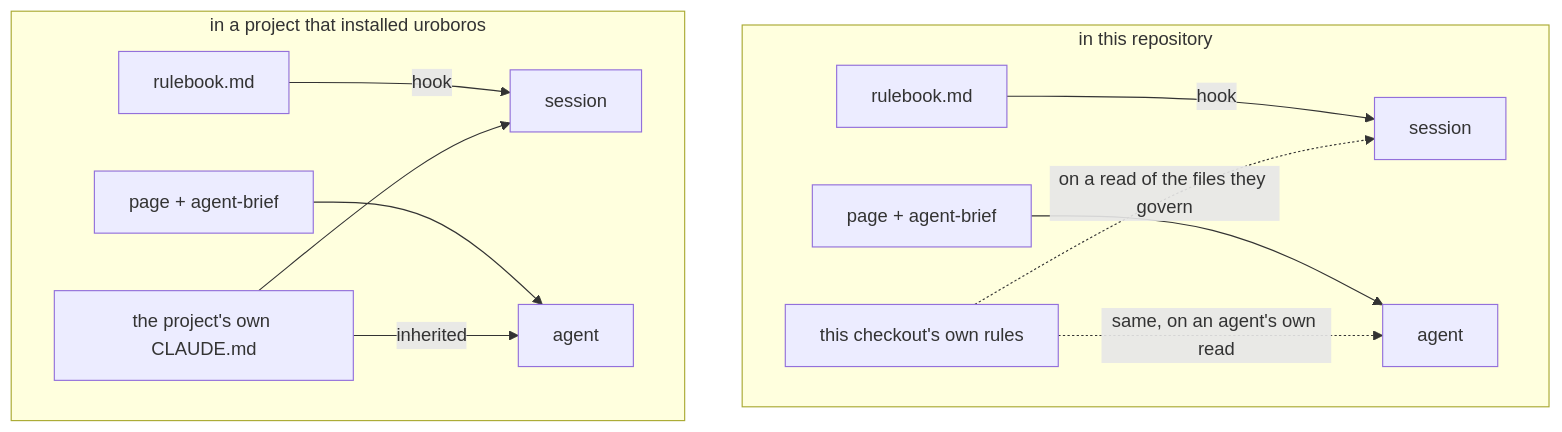
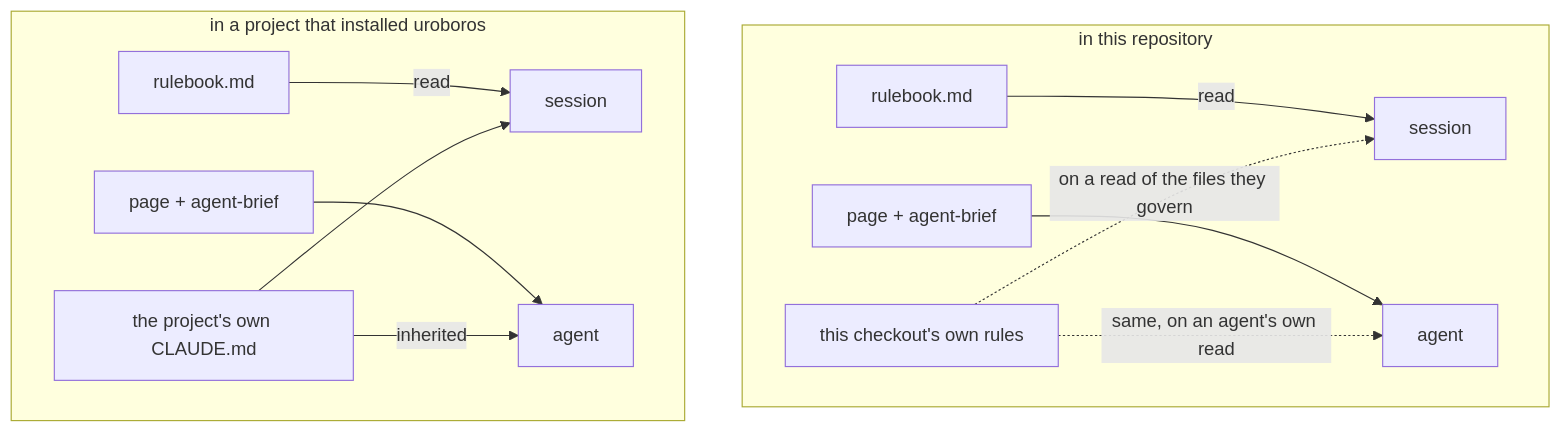
One commit to artkoenig/athena changed the third of 3 diagrams in README.md. Above: the diagram before and after it, drawn with Mermaid. The commit also changed other lines of this file and 9 other files, not shown here.

````diff
--- a/README.md
+++ b/README.md
@@ -129,17 +138,17 @@
 ```mermaid
 flowchart TB
     subgraph HERE["in this repository"]
         direction LR
-        H1["rulebook.md"] -->|"hook"| HS["session"]
+        H1["rulebook.md"] -->|"read"| HS["session"]
         H2["page + agent-brief"] --> HA["agent"]
         H3["this checkout's own rules"] -. "on a read of the files they govern" .-> HS
         H3 -. "same, on an agent's own read" .-> HA
     end
     subgraph THERE["in a project that installed uroboros"]
         direction LR
-        T1["rulebook.md"] -->|"hook"| TS["session"]
+        T1["rulebook.md"] -->|"read"| TS["session"]
         T2["page + agent-brief"] --> TA["agent"]
         T3["the project's own CLAUDE.md"] --> TS
         T3 -->|"inherited"| TA
     end
 ```
````
